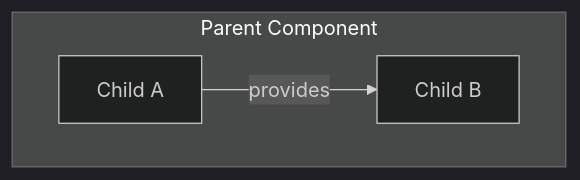
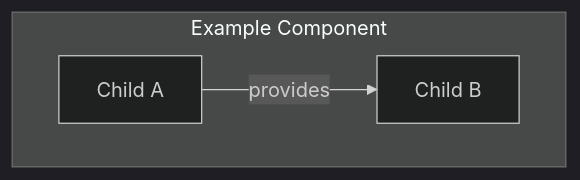
One commit to abstract-business-systems/as-is changed the first of 2 diagrams in as-is-document-improvements.md. Above: the diagram before and after it, drawn with Mermaid (dark theme). The commit also changed other lines of this file and 51 other files, not shown here.

Commit message:
docs(as-is): improve hierarchical architecture documentation

````diff
--- a/as-is-document-improvements.md
+++ b/as-is-document-improvements.md
@@ -64,8 +94,8 @@
 ```mermaid
 flowchart TD
-    subgraph Parent[Parent Component]
+    subgraph ExampleComponent[Example Component]
         ChildA[Child A]
         ChildB[Child B]
         ChildA -->|provides| ChildB
     end
 ```
````
